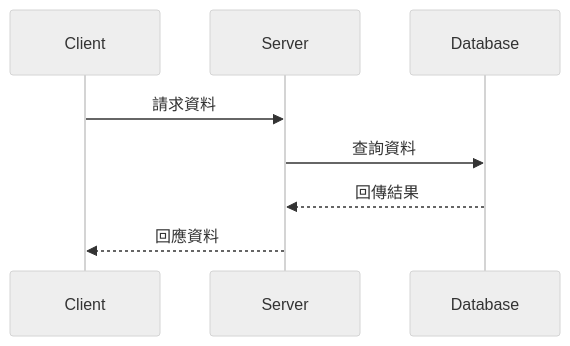
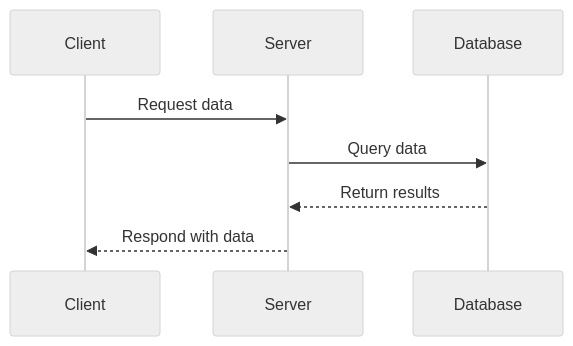
One commit to chenshenyi/FoxSwift changed the diagram in .cursor/rules/Documentation.mdc. Above: the diagram before and after it, drawn with Mermaid (neutral theme). The commit also changed other lines of this file and 11 other files, not shown here.

````diff
--- a/.cursor/rules/Documentation.mdc
+++ b/.cursor/rules/Documentation.mdc
@@ -162,7 +162,7 @@
 ```mermaid
 sequenceDiagram
-    Client->>Server: 請求資料
-    Server->>Database: 查詢資料
-    Database-->>Server: 回傳結果
-    Server-->>Client: 回應資料
+    Client->>Server: Request data
+    Server->>Database: Query data
+    Database-->>Server: Return results
+    Server-->>Client: Respond with data
 ```
````
